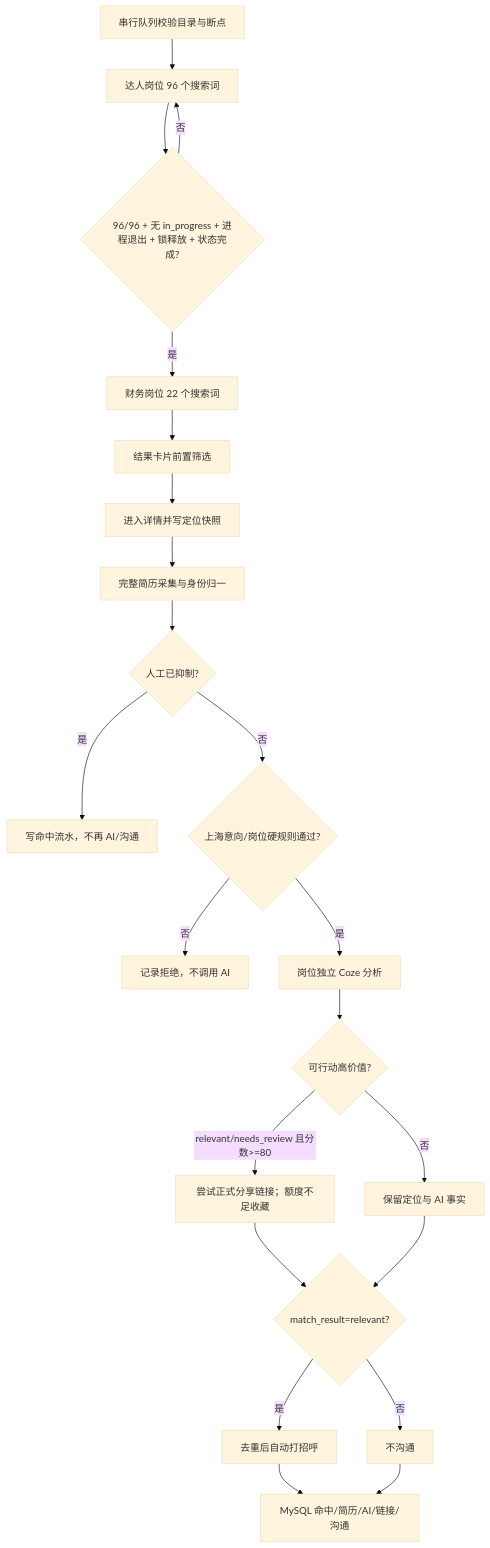
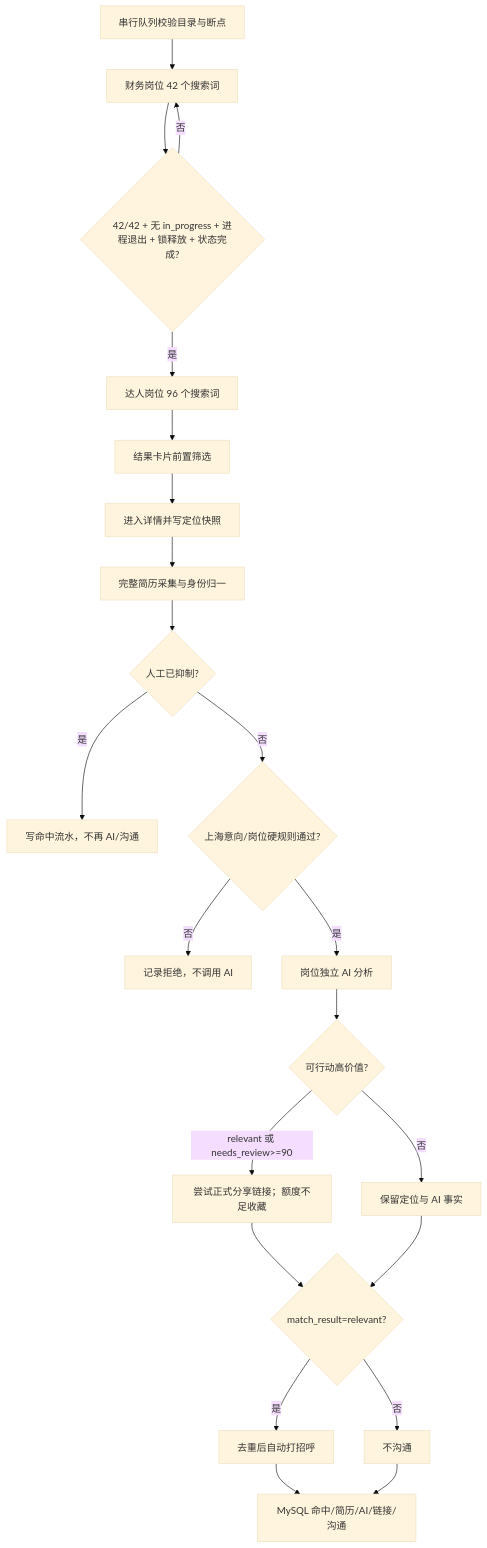
The diagram in docs/PROJECT_HANDOFF.md (vioabio/AI-Agent), drawn with Mermaid (base theme) before and after one commit. The commit also changed other lines of this file and 38 other files, not shown here.

````diff
--- a/docs/PROJECT_HANDOFF.md
+++ b/docs/PROJECT_HANDOFF.md
@@ -47,24 +63,24 @@
 ```mermaid
 flowchart TD
-    A["串行队列校验目录与断点"] --> B["达人岗位 96 个搜索词"]
-    B --> C{"96/96 + 无 in_progress + 进程退出 + 锁释放 + 状态完成?"}
+    A["串行队列校验目录与断点"] --> B["财务岗位 42 个搜索词"]
+    B --> C{"42/42 + 无 in_progress + 进程退出 + 锁释放 + 状态完成?"}
     C -- 否 --> B
-    C -- 是 --> D["财务岗位 22 个搜索词"]
+    C -- 是 --> D["达人岗位 96 个搜索词"]
     D --> E["结果卡片前置筛选"]
     E --> F["进入详情并写定位快照"]
     F --> G["完整简历采集与身份归一"]
     G --> H{"人工已抑制?"}
     H -- 是 --> I["写命中流水，不再 AI/沟通"]
     H -- 否 --> J{"上海意向/岗位硬规则通过?"}
     J -- 否 --> K["记录拒绝，不调用 AI"]
-    J -- 是 --> L["岗位独立 Coze 分析"]
+    J -- 是 --> L["岗位独立 AI 分析"]
     L --> M{"可行动高价值?"}
-    M -- "relevant/needs_review 且分数>=80" --> N["尝试正式分享链接；额度不足收藏"]
+    M -- "relevant 或 needs_review>=90" --> N["尝试正式分享链接；额度不足收藏"]
     M -- 否 --> O["保留定位与 AI 事实"]
     N --> P{"match_result=relevant?"}
     O --> P
     P -- 是 --> Q["去重后自动打招呼"]
     P -- 否 --> R["不沟通"]
     Q --> S["MySQL 命中/简历/AI/链接/沟通"]
     R --> S
 ```
````
